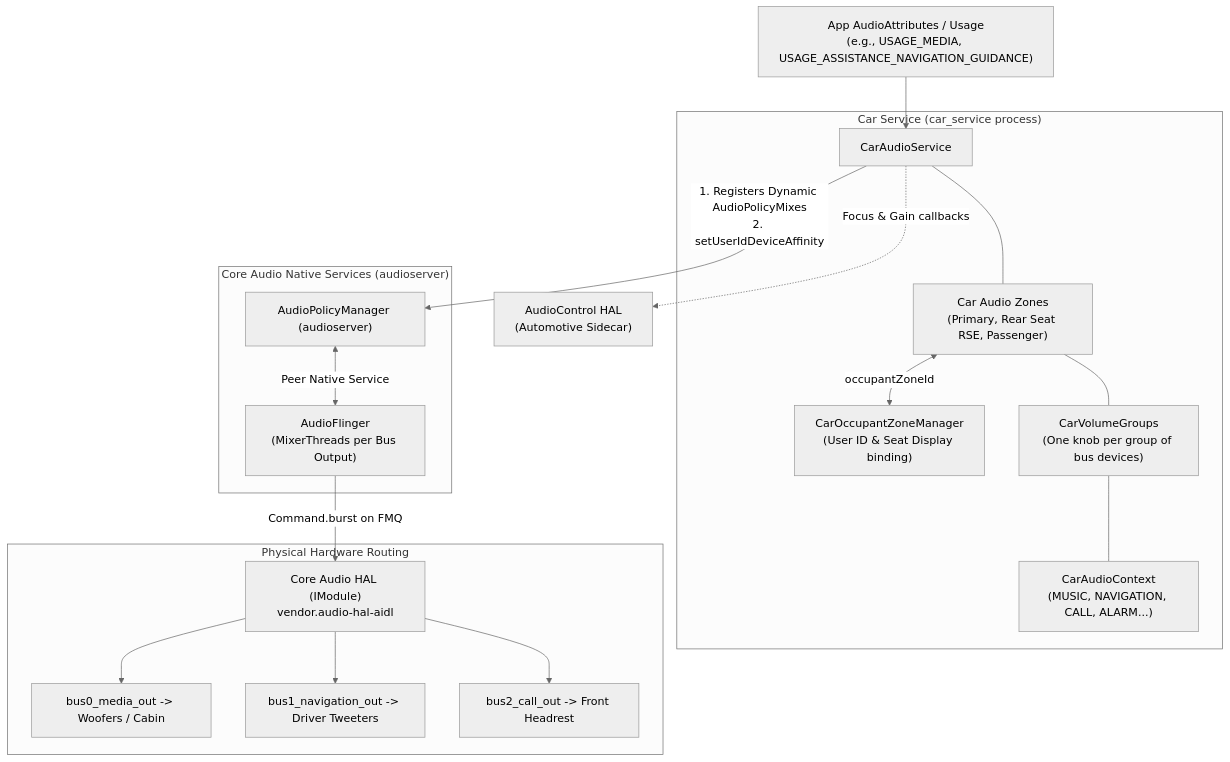
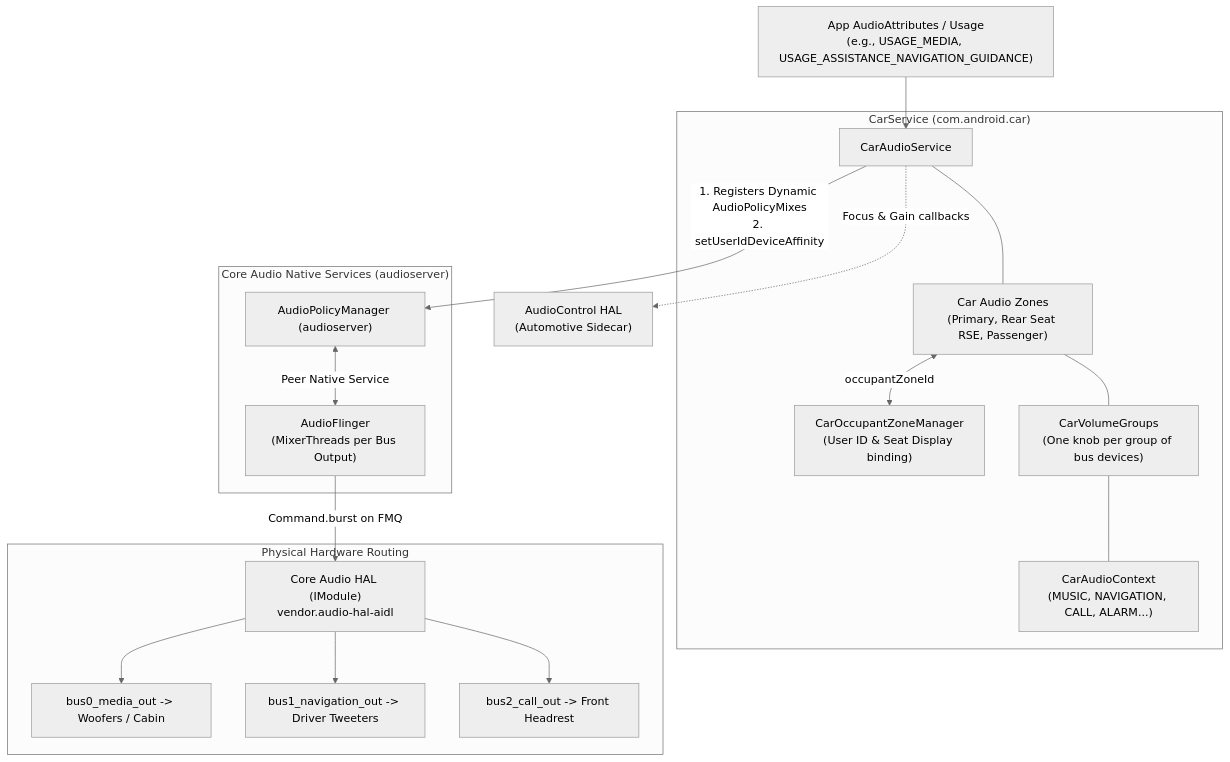
Before and after one commit to developer-swetabh/AndroidAudioProf: the diagram in modules/12-aaos-car-audio-architecture.md, drawn with Mermaid (neutral theme). The commit also changed other lines of this file and 39 other files, not shown here.

````diff
--- a/modules/12-aaos-car-audio-architecture.md
+++ b/modules/12-aaos-car-audio-architecture.md
@@ -66,34 +66,34 @@
 ```mermaid
 graph TD
     App["App AudioAttributes / Usage<br/>(e.g., USAGE_MEDIA, USAGE_ASSISTANCE_NAVIGATION_GUIDANCE)"]
     
-    subgraph AAOS_Layer ["Car Service (car_service process)"]
+    subgraph AAOS_Layer ["CarService (com.android.car)"]
         CAS["CarAudioService"]
         Zones["Car Audio Zones<br/>(Primary, Rear Seat RSE, Passenger)"]
         Occupant["CarOccupantZoneManager<br/>(User ID & Seat Display binding)"]
         VolGroups["CarVolumeGroups<br/>(One knob per group of bus devices)"]
         Contexts["CarAudioContext<br/>(MUSIC, NAVIGATION, CALL, ALARM...)"]
         
         CAS --- Zones
         Zones <-->|occupantZoneId| Occupant
         Zones --- VolGroups
         VolGroups --- Contexts
     end
     
     App --> CAS
     
     CAS -->|1. Registers Dynamic AudioPolicyMixes<br/>2. setUserIdDeviceAffinity| APM["AudioPolicyManager (audioserver)"]
     
     subgraph Native_Core ["Core Audio Native Services (audioserver)"]
         APM <-->|Peer Native Service| AF["AudioFlinger<br/>(MixerThreads per Bus Output)"]
     end
     
     AF -->|Command.burst on FMQ| CoreHAL["Core Audio HAL (IModule)<br/>vendor.audio-hal-aidl"]
     CAS -.->|Focus & Gain callbacks| AudioControl["AudioControl HAL<br/>(Automotive Sidecar)"]
     
     subgraph HW_Buses ["Physical Hardware Routing"]
         CoreHAL --> Bus0["bus0_media_out -> Woofers / Cabin"]
         CoreHAL --> Bus1["bus1_navigation_out -> Driver Tweeters"]
         CoreHAL --> Bus2["bus2_call_out -> Front Headrest"]
     end
 ```
````
